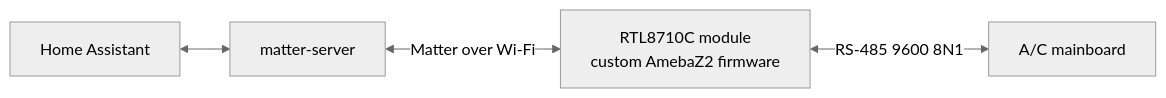
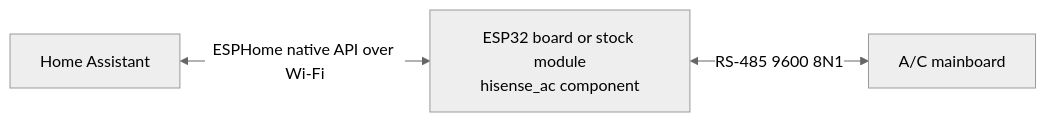
One commit to AndrewDemsDS/hisense-w41h1 changed the diagram in docs/guide/Home.md. Above: the diagram before and after it, drawn with Mermaid (neutral theme). The commit also changed other lines of this file and 57 other files, not shown here.

````diff
--- a/docs/guide/Home.md
+++ b/docs/guide/Home.md
@@ -53,6 +37,5 @@
 ```mermaid
 flowchart LR
-    HA[Home Assistant] <--> MS[matter-server]
-    MS <-->|Matter over Wi-Fi| MOD[RTL8710C module<br/>custom AmebaZ2 firmware]
-    MOD <-->|RS-485 9600 8N1| AC[A/C mainboard]
+    HA[Home Assistant] <-->|ESPHome native API over Wi-Fi| NODE[ESP32 board or stock module<br/>hisense_ac component]
+    NODE <-->|RS-485 9600 8N1| AC[A/C mainboard]
 ```
````
